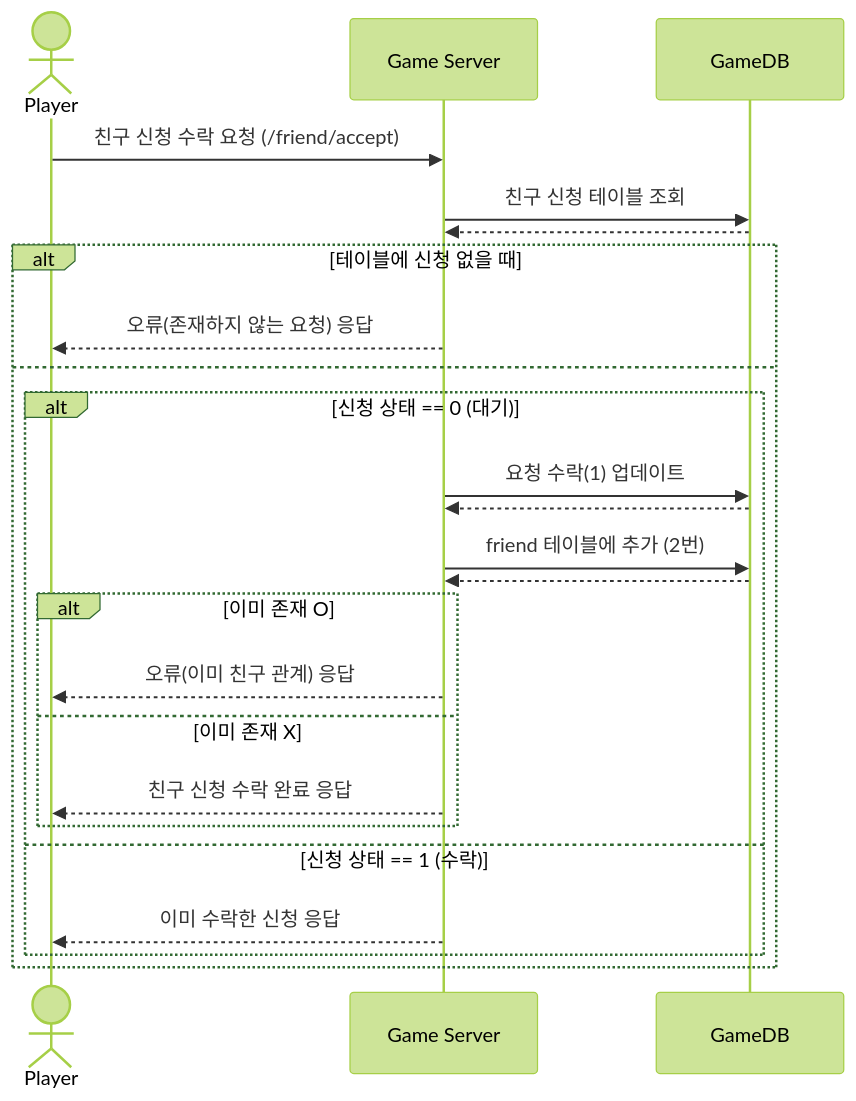
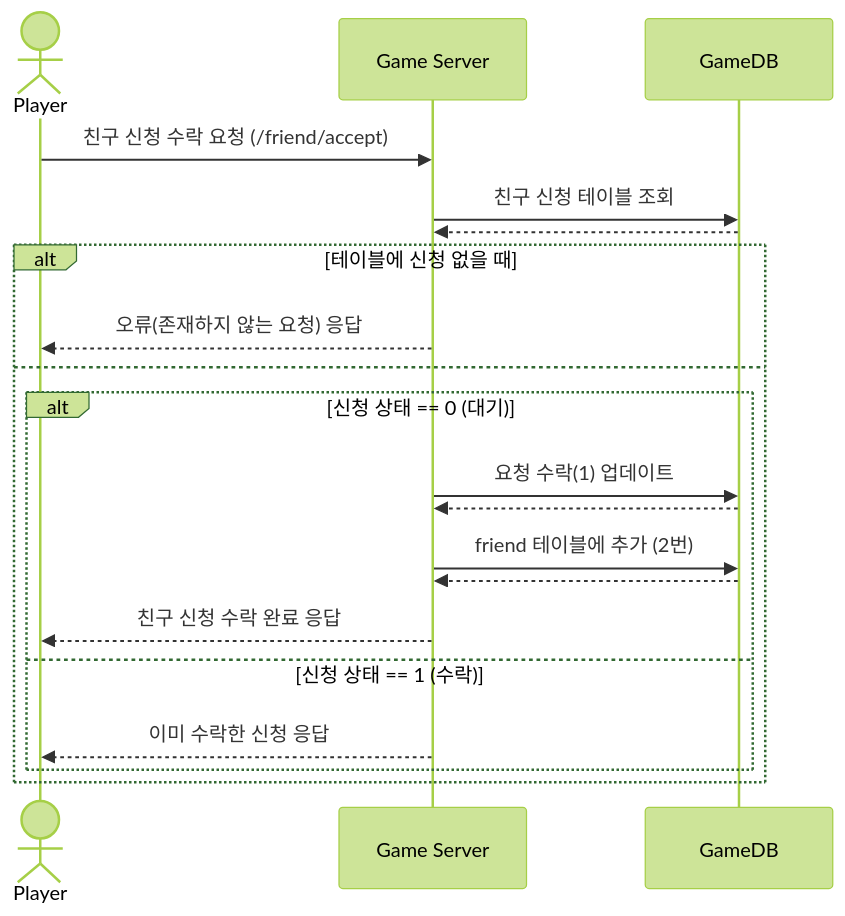
One commit to yujinS0/Omok-Game changed the fourth of 4 diagrams in SequenceDiagram/Friend.md. Above: the diagram before and after it, drawn with Mermaid (forest theme). The commit also changed other lines of this file, not shown here.

````diff
--- a/SequenceDiagram/Friend.md
+++ b/SequenceDiagram/Friend.md
@@ -88,31 +88,28 @@
 ```mermaid
 sequenceDiagram
 	actor Player
 	participant Game Server
   participant GameDB
 
 	Player ->> Game Server : 친구 신청 수락 요청 (/friend/accept)
 	Game Server ->> GameDB : 친구 신청 테이블 조회
 	GameDB -->> Game Server : 
 	
 	alt 테이블에 신청 없을 때
 		Game Server -->> Player : 오류(존재하지 않는 요청) 응답
 	else
 		alt 신청 상태 == 0 (대기)
 			Game Server ->> GameDB : 요청 수락(1) 업데이트
 			GameDB -->> Game Server :  
 
 			Game Server ->> GameDB : friend 테이블에 추가 (2번)
 			GameDB -->> Game Server :  
-				
-				alt 이미 존재 O
-					 Game Server -->> Player : 오류(이미 친구 관계) 응답
-				else 이미 존재 X
-					Game Server -->> Player : 친구 신청 수락 완료 응답
-				end
+			
+			Game Server -->> Player : 친구 신청 수락 완료 응답
+
 		else 신청 상태 == 1 (수락)
 			Game Server -->> Player : 이미 수락한 신청 응답
 		end
 	end
 
 ```
````
